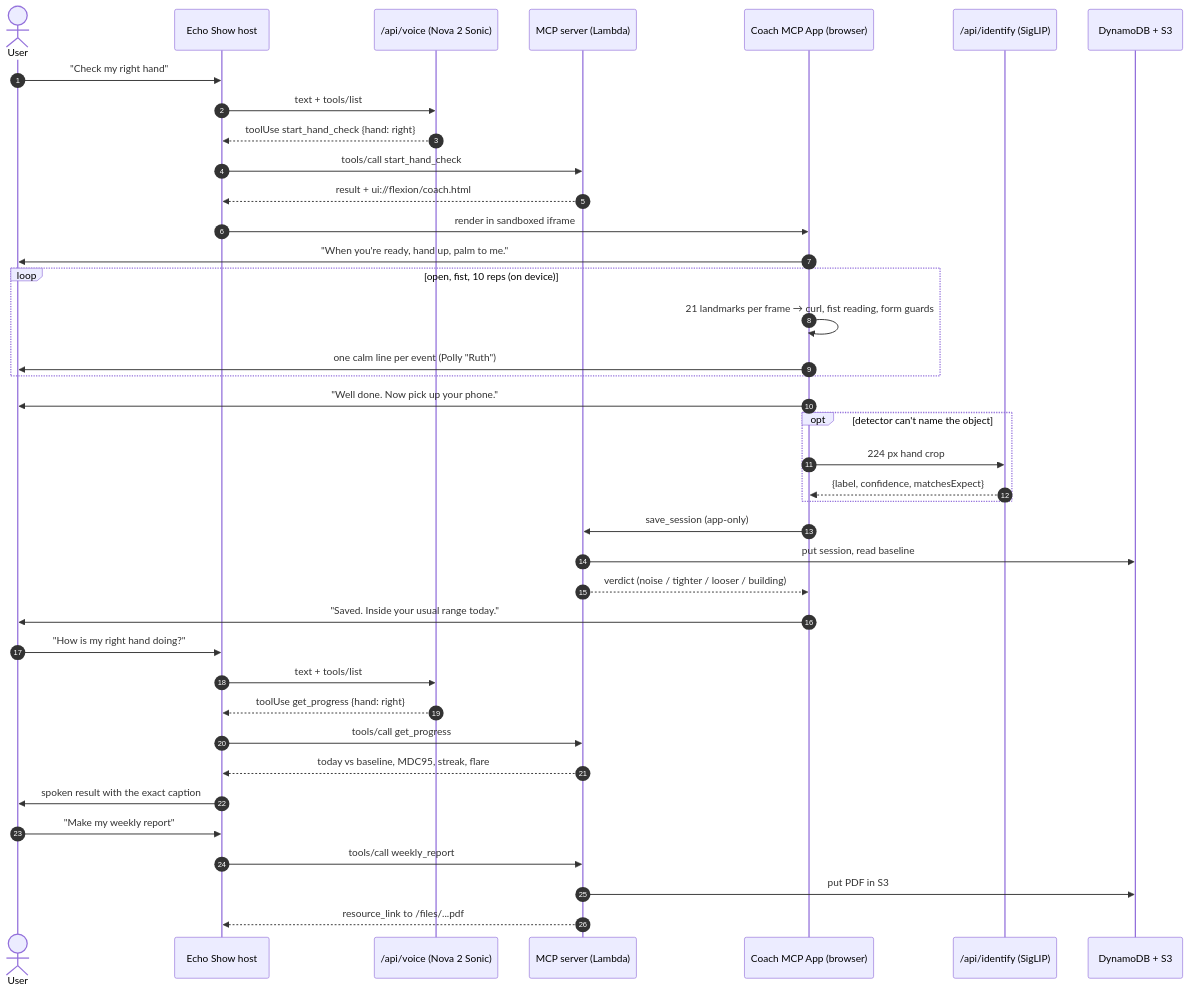
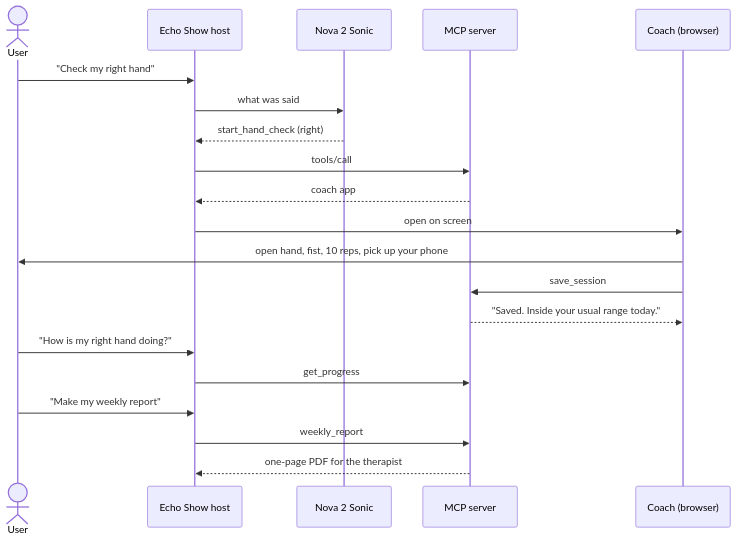
Before and after one commit to omshukla24/flexion: the second of 2 diagrams in README.md, drawn with Mermaid. The commit also changed other lines of this file, not shown here.

Commit message:
docs: shorter readme, keep the two diagrams and how to run it

````diff
--- a/README.md
+++ b/README.md
@@ -172,42 +43,22 @@
 ```mermaid
 sequenceDiagram
-    autonumber
     actor U as User
     participant H as Echo Show host
-    participant V as /api/voice (Nova 2 Sonic)
-    participant M as MCP server (Lambda)
-    participant C as Coach MCP App (browser)
-    participant I as /api/identify (SigLIP)
-    participant D as DynamoDB + S3
-
+    participant S as Nova 2 Sonic
+    participant M as MCP server
+    participant C as Coach (browser)
     U->>H: "Check my right hand"
-    H->>V: text + tools/list
-    V-->>H: toolUse start_hand_check {hand: right}
-    H->>M: tools/call start_hand_check
-    M-->>H: result + ui://flexion/coach.html
-    H->>C: render in sandboxed iframe
-    C->>U: "When you're ready, hand up, palm to me."
-    loop open, fist, 10 reps (on device)
-        C->>C: 21 landmarks per frame → curl, fist reading, form guards
-        C->>U: one calm line per event (Polly "Ruth")
-    end
-    C->>U: "Well done. Now pick up your phone."
-    opt detector can't name the object
-        C->>I: 224 px hand crop
-        I-->>C: {label, confidence, matchesExpect}
-    end
-    C->>M: save_session (app-only)
-    M->>D: put session, read baseline
-    M-->>C: verdict (noise / tighter / looser / building)
-    C->>U: "Saved. Inside your usual range today."
+    H->>S: what was said
+    S-->>H: start_hand_check (right)
+    H->>M: tools/call
+    M-->>H: coach app
+    H->>C: open on screen
+    C->>U: open hand, fist, 10 reps, pick up your phone
+    C->>M: save_session
+    M-->>C: "Saved. Inside your usual range today."
     U->>H: "How is my right hand doing?"
-    H->>V: text + tools/list
-    V-->>H: toolUse get_progress {hand: right}
-    H->>M: tools/call get_progress
-    M-->>H: today vs baseline, MDC95, streak, flare
-    H->>U: spoken result with the exact caption
+    H->>M: get_progress
     U->>H: "Make my weekly report"
-    H->>M: tools/call weekly_report
-    M->>D: put PDF in S3
-    M-->>H: resource_link to /files/...pdf
+    H->>M: weekly_report
+    M-->>H: one-page PDF for the therapist
 ```
````
